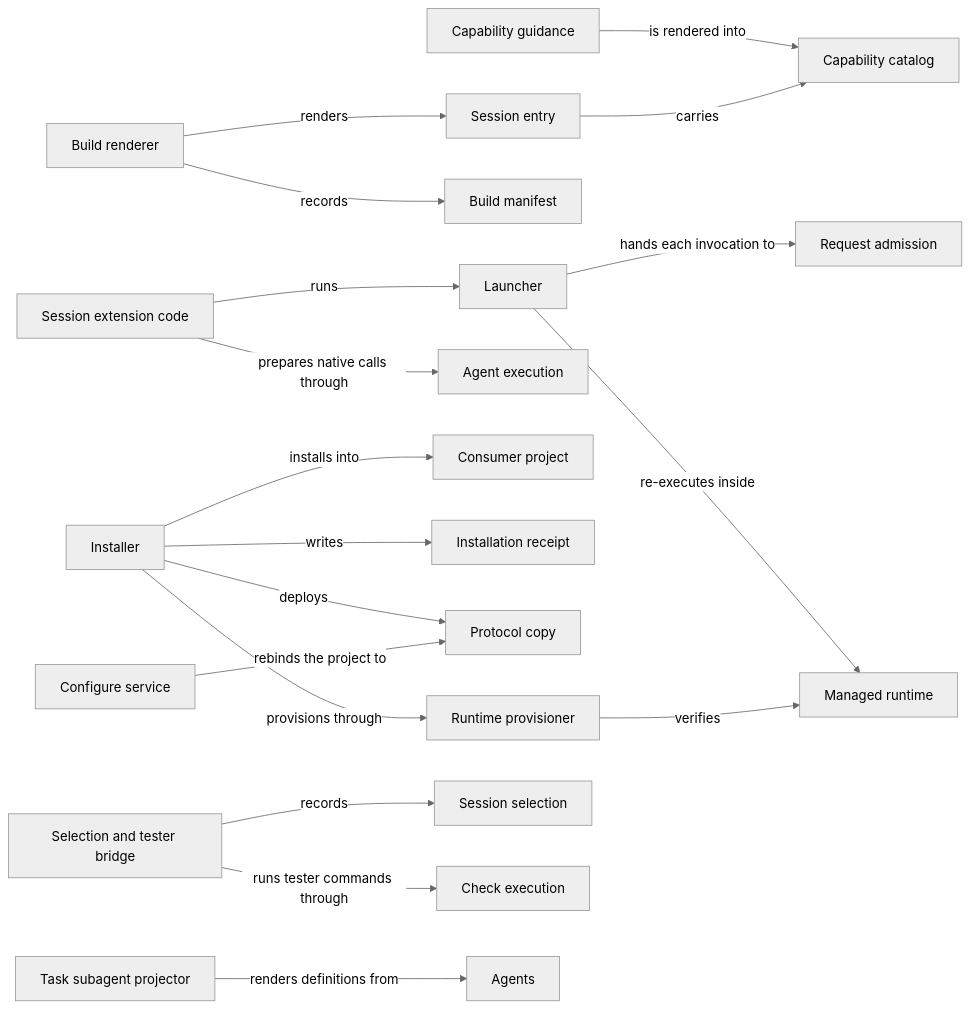
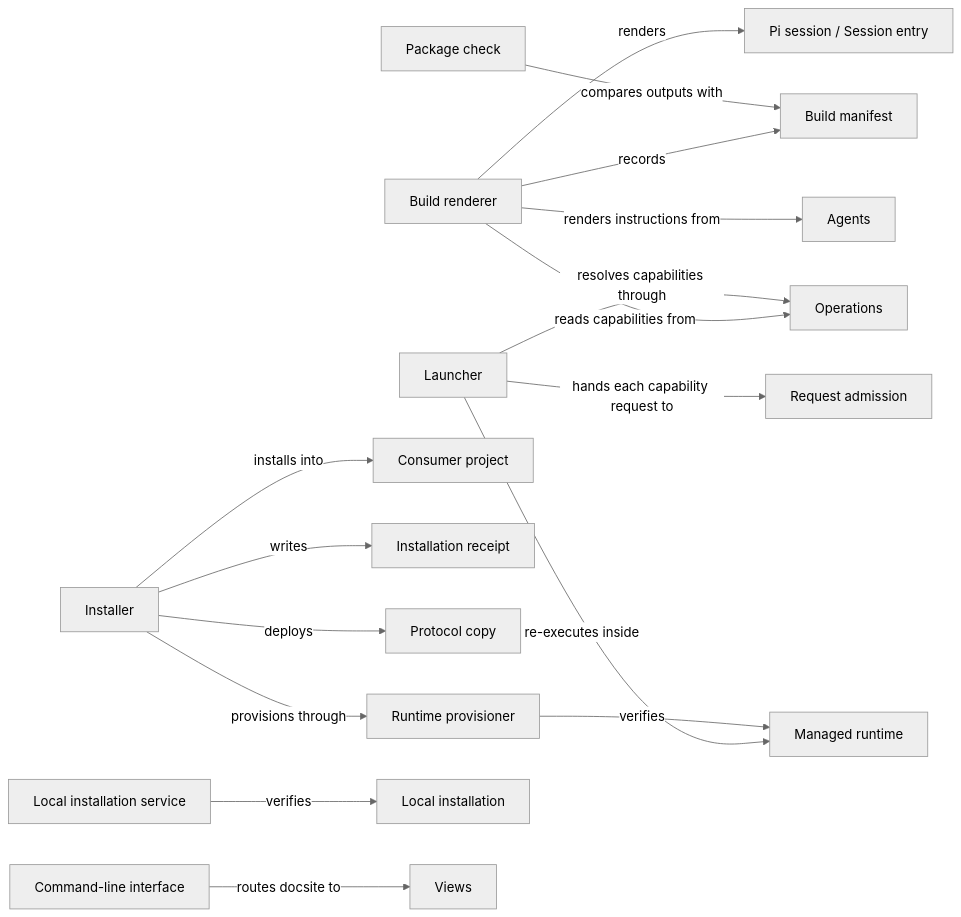
One commit to FTOD/concorde changed the diagram in specs/concorde/distribution/module.md. Above: the diagram before and after it, drawn with Mermaid (neutral theme). The commit also changed other lines of this file and 213 other files, not shown here.

First line of the commit message:
Rewrite Concorde's Specs for the layered architecture

````diff
--- a/specs/concorde/distribution/module.md
+++ b/specs/concorde/distribution/module.md
@@ -310,22 +277,20 @@
 ```mermaid
 flowchart LR
     accTitle: Distribution realizations and collaborators
-    accDescr: How the build, the session extension, the launcher, the installer and the selection bridge relate to each other and to the Modules they rely on.
-    guidance[Capability guidance] -->|is rendered into| catalog[Capability catalog]
-    build[Build renderer] -->|renders| entry[Session entry]
-    build -->|records| manifest[Build manifest]
-    entry -->|carries| catalog
-    extension[Session extension code] -->|runs| launcher[Launcher]
-    extension -->|prepares native calls through| execution[Agent execution]
-    launcher -->|hands each invocation to| admission[Request admission]
+    accDescr: The build records the manifest and renders session entries; the launcher hands requests to admission inside the managed runtime; the installer writes receipts and Protocol copies and provisions the runtime.
+    build[Build renderer] -->|records| manifest[Build manifest]
+    build -->|renders| entry[Pi session / Session entry]
+    build -->|renders instructions from| agents[Agents]
+    build -->|reads capabilities from| operations[Operations]
+    check[Package check] -->|compares outputs with| manifest
+    launcher[Launcher] -->|hands each capability request to| admission[Request admission]
+    launcher -->|resolves capabilities through| operations
     launcher -->|re-executes inside| runtime[Managed runtime]
     installer[Installer] -->|installs into| consumer[Consumer project]
     installer -->|writes| receipt[Installation receipt]
     installer -->|deploys| protocol[Protocol copy]
     installer -->|provisions through| provisioner[Runtime provisioner]
     provisioner -->|verifies| runtime
-    selection[Selection and tester bridge] -->|records| selected[Session selection]
-    selection -->|runs tester commands through| checks[Check execution]
-    projector[Task subagent projector] -->|renders definitions from| agents[Agents]
-    configure[Configure service] -->|rebinds the project to| protocol
+    service[Local installation service] -->|verifies| local[Local installation]
+    cli[Command-line interface] -->|routes docsite to| views[Views]
 ```
````
